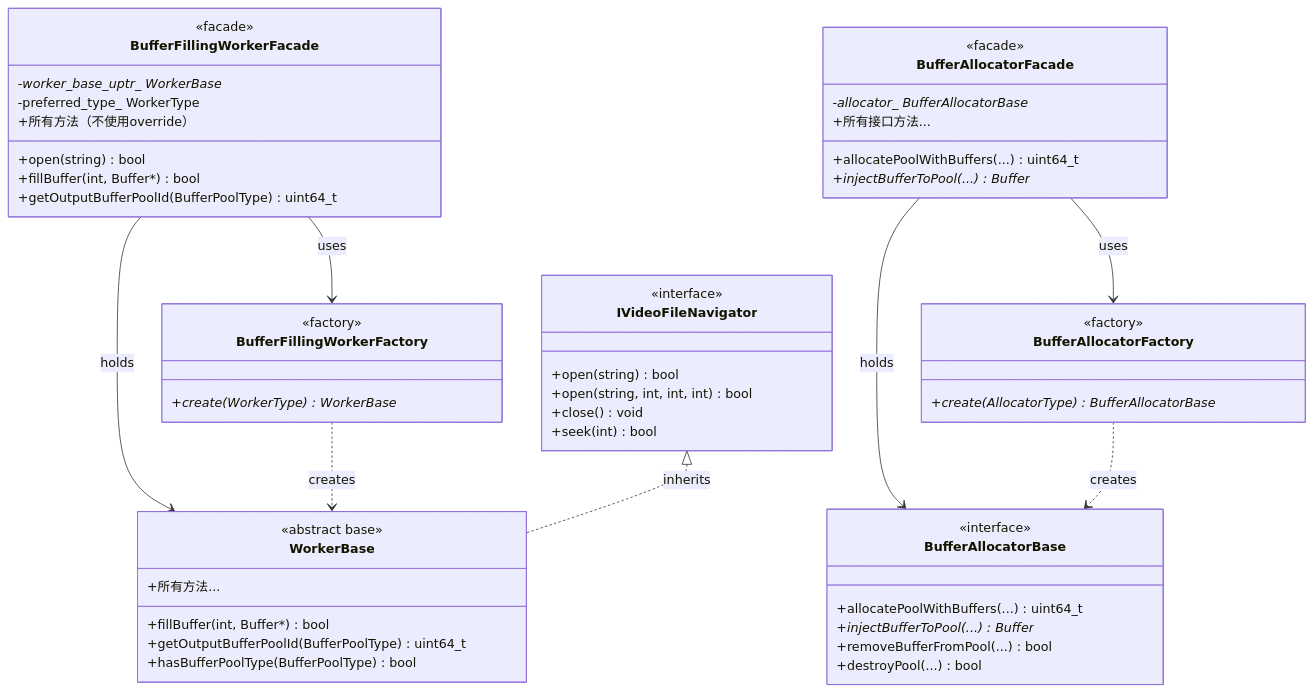
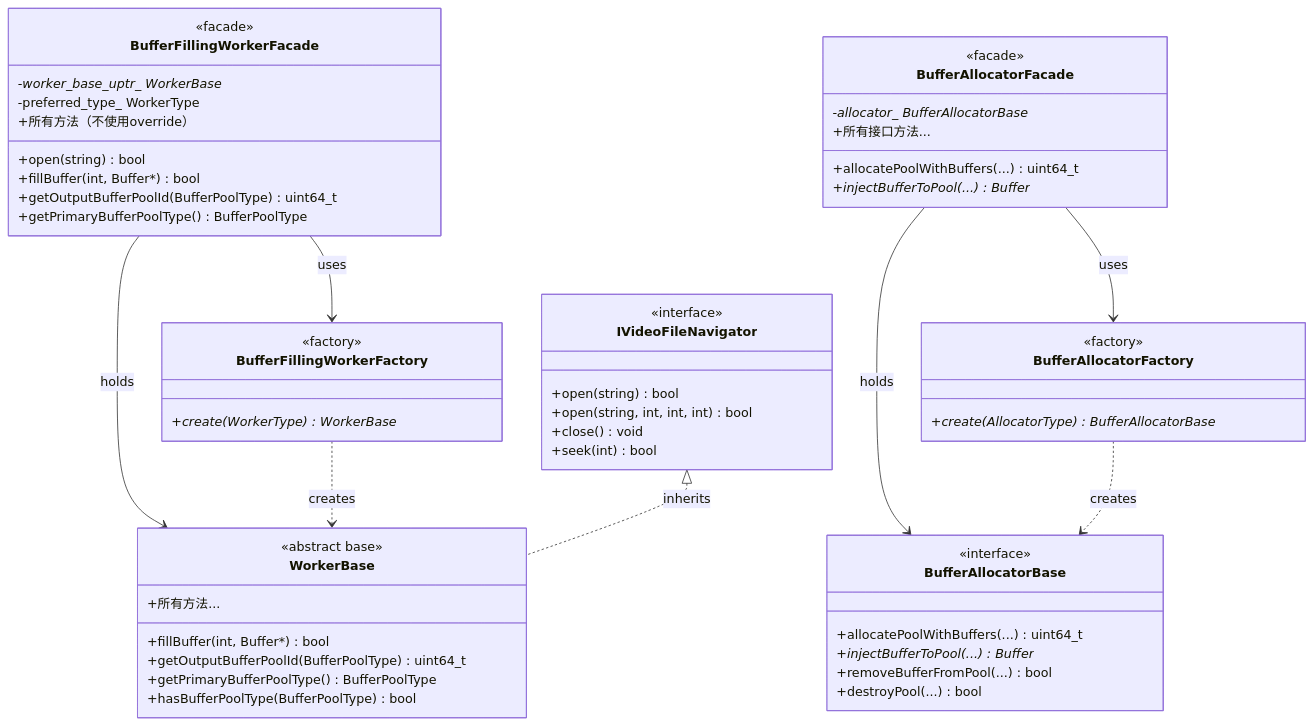
One commit to luoxiafeng-1990/components changed the third of 6 diagrams in ARCHITECTURE.md. Above: the diagram before and after it, drawn with Mermaid. The commit also changed other lines of this file and 6 other files, not shown here.

First line of the commit message:
feat(worker): 添加 getPrimaryBufferPoolType 方法，简化 BufferPool 类型获取

````diff
--- a/ARCHITECTURE.md
+++ b/ARCHITECTURE.md
@@ -1016,65 +1024,67 @@
 ```mermaid
 classDiagram
     class BufferFillingWorkerFacade {
         <<facade>>
         -worker_base_uptr_ WorkerBase*
         -preferred_type_ WorkerType
         +open(string) bool
         +fillBuffer(int, Buffer*) bool
         +getOutputBufferPoolId(BufferPoolType) uint64_t
+        +getPrimaryBufferPoolType() BufferPoolType
         +所有方法（不使用override）
     }
     
     class BufferAllocatorFacade {
         <<facade>>
         -allocator_ BufferAllocatorBase*
         +allocatePoolWithBuffers(...) uint64_t
         +injectBufferToPool(...) Buffer*
         +所有接口方法...
     }
     
     class IVideoFileNavigator {
         <<interface>>
         +open(string) bool
         +open(string, int, int, int) bool
         +close() void
         +seek(int) bool
     }
     
     class BufferAllocatorBase {
         <<interface>>
         +allocatePoolWithBuffers(...) uint64_t
         +injectBufferToPool(...) Buffer*
         +removeBufferFromPool(...) bool
         +destroyPool(...) bool
     }
     
     class WorkerBase {
         <<abstract base>>
         +fillBuffer(int, Buffer*) bool
         +getOutputBufferPoolId(BufferPoolType) uint64_t
+        +getPrimaryBufferPoolType() BufferPoolType
         +hasBufferPoolType(BufferPoolType) bool
         +所有方法...
     }
     
     class BufferFillingWorkerFactory {
         <<factory>>
         +create(WorkerType) WorkerBase*
     }
     
     class BufferAllocatorFactory {
         <<factory>>
         +create(AllocatorType) BufferAllocatorBase*
     }
     
     BufferFillingWorkerFacade --> WorkerBase : holds
     BufferFillingWorkerFacade --> BufferFillingWorkerFactory : uses
     
     BufferAllocatorFacade --> BufferAllocatorBase : holds
     BufferAllocatorFacade --> BufferAllocatorFactory : uses
     
     BufferFillingWorkerFactory ..> WorkerBase : creates
     BufferAllocatorFactory ..> BufferAllocatorBase : creates
     
     IVideoFileNavigator <|.. WorkerBase : inherits
 ```
````
